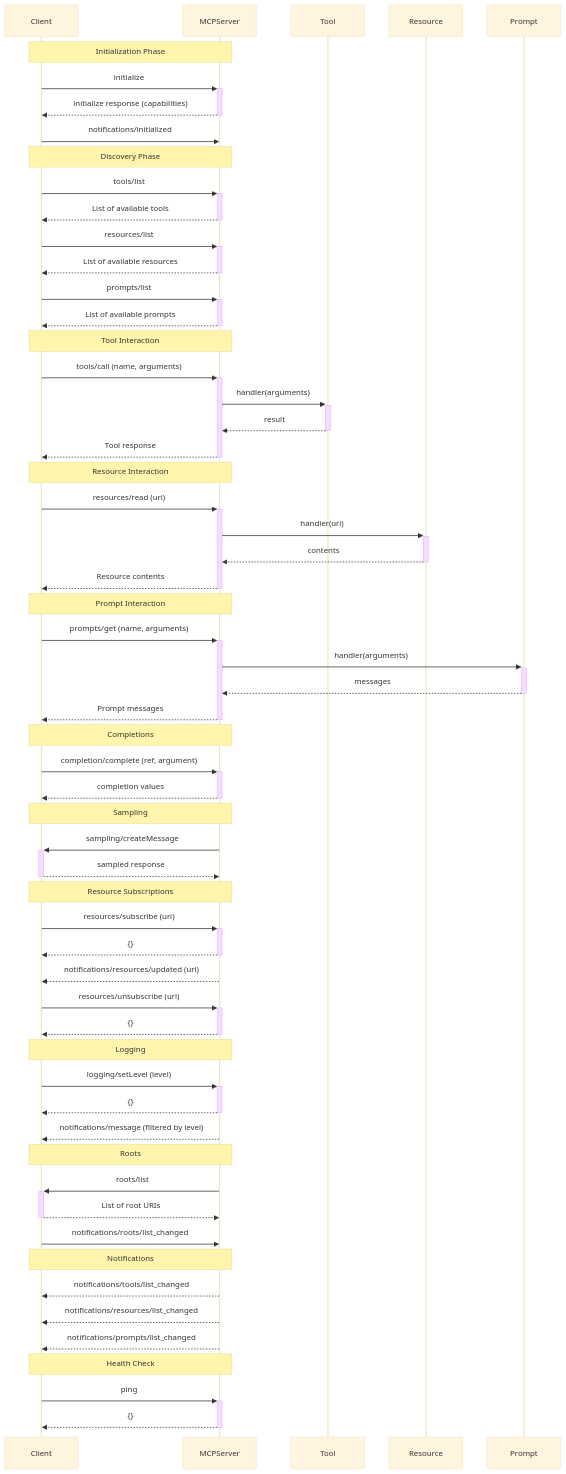
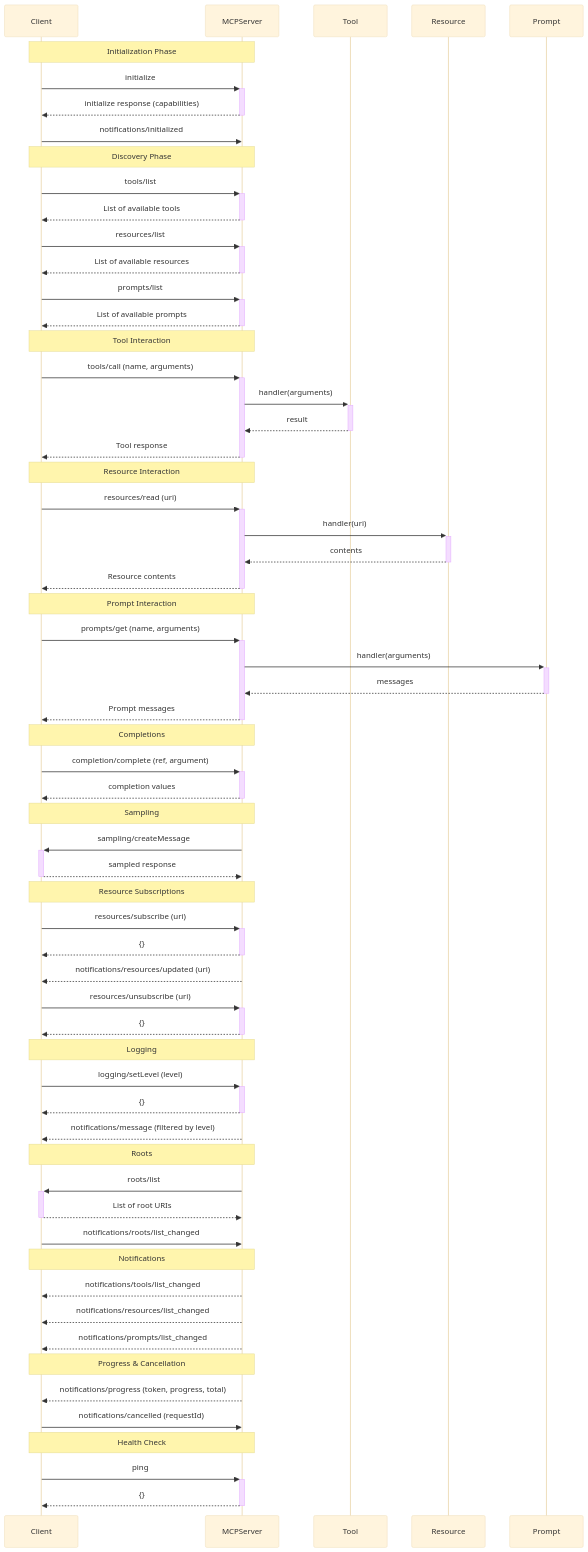
The diagram in README.md (maniginam/mcp-clojure-sdk), drawn with Mermaid (base theme) before and after one commit. The commit also changed other lines of this file, not shown here.

Commit message:
docs: Update README with progress, cancellation, and configuration sections

````diff
--- a/README.md
+++ b/README.md
@@ -350,75 +389,79 @@
 ```mermaid
 sequenceDiagram
     participant Client
     participant MCPServer
     participant Tool
     participant Resource
     participant Prompt
 
     Note over Client,MCPServer: Initialization Phase
     Client->>+MCPServer: initialize
     MCPServer-->>-Client: initialize response (capabilities)
     Client->>MCPServer: notifications/initialized
 
     Note over Client,MCPServer: Discovery Phase
     Client->>+MCPServer: tools/list
     MCPServer-->>-Client: List of available tools
 
     Client->>+MCPServer: resources/list
     MCPServer-->>-Client: List of available resources
 
     Client->>+MCPServer: prompts/list
     MCPServer-->>-Client: List of available prompts
 
     Note over Client,MCPServer: Tool Interaction
     Client->>+MCPServer: tools/call (name, arguments)
     MCPServer->>+Tool: handler(arguments)
     Tool-->>-MCPServer: result
     MCPServer-->>-Client: Tool response
 
     Note over Client,MCPServer: Resource Interaction
     Client->>+MCPServer: resources/read (uri)
     MCPServer->>+Resource: handler(uri)
     Resource-->>-MCPServer: contents
     MCPServer-->>-Client: Resource contents
 
     Note over Client,MCPServer: Prompt Interaction
     Client->>+MCPServer: prompts/get (name, arguments)
     MCPServer->>+Prompt: handler(arguments)
     Prompt-->>-MCPServer: messages
     MCPServer-->>-Client: Prompt messages
 
     Note over Client,MCPServer: Completions
     Client->>+MCPServer: completion/complete (ref, argument)
     MCPServer-->>-Client: completion values
 
     Note over Client,MCPServer: Sampling
     MCPServer->>+Client: sampling/createMessage
     Client-->>-MCPServer: sampled response
 
     Note over Client,MCPServer: Resource Subscriptions
     Client->>+MCPServer: resources/subscribe (uri)
     MCPServer-->>-Client: {}
     MCPServer-->>Client: notifications/resources/updated (uri)
     Client->>+MCPServer: resources/unsubscribe (uri)
     MCPServer-->>-Client: {}
 
     Note over Client,MCPServer: Logging
     Client->>+MCPServer: logging/setLevel (level)
     MCPServer-->>-Client: {}
     MCPServer-->>Client: notifications/message (filtered by level)
 
     Note over Client,MCPServer: Roots
     MCPServer->>+Client: roots/list
     Client-->>-MCPServer: List of root URIs
     Client->>MCPServer: notifications/roots/list_changed
 
     Note over Client,MCPServer: Notifications
     MCPServer-->>Client: notifications/tools/list_changed
     MCPServer-->>Client: notifications/resources/list_changed
     MCPServer-->>Client: notifications/prompts/list_changed
 
+    Note over Client,MCPServer: Progress & Cancellation
+    MCPServer-->>Client: notifications/progress (token, progress, total)
+    Client->>MCPServer: notifications/cancelled (requestId)
+
     Note over Client,MCPServer: Health Check
     Client->>+MCPServer: ping
     MCPServer-->>-Client: {}
 ```
````
